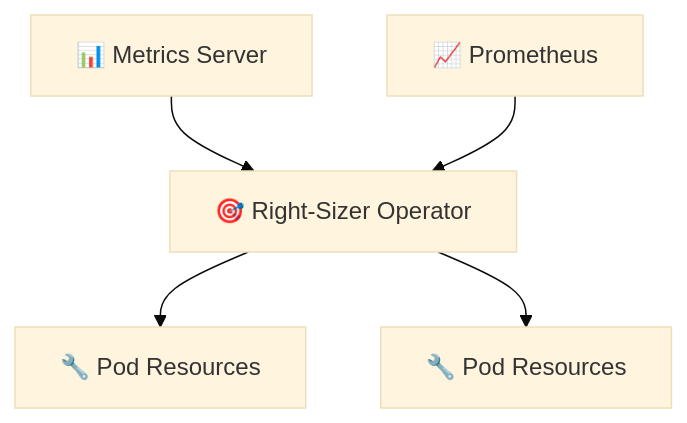
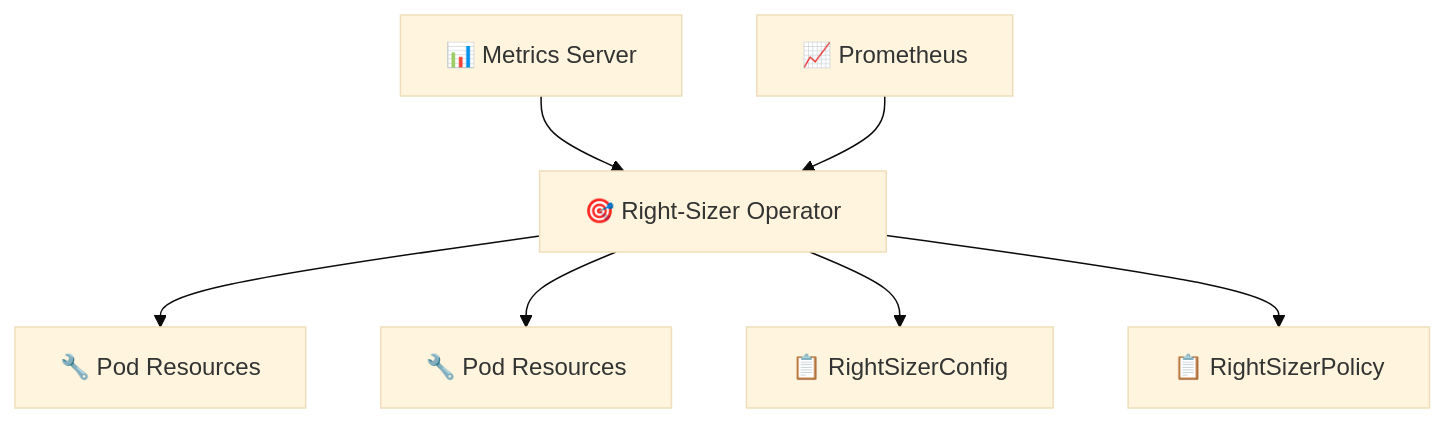
The first of 4 diagrams in README.md (aavishay/right-sizer), drawn with Mermaid (base theme) before and after one commit. The commit also changed other lines of this file and 3 other files, not shown here.

````diff
--- a/README.md
+++ b/README.md
@@ -300,7 +309,9 @@
 ```mermaid
 graph TB
     MS[📊 Metrics Server] --> OP[🎯 Right-Sizer Operator]
     PR[📈 Prometheus] --> OP
     OP --> P1[🔧 Pod Resources]
     OP --> P2[🔧 Pod Resources]
+    OP --> CRD1[📋 RightSizerConfig]
+    OP --> CRD2[📋 RightSizerPolicy]
 ```
````
